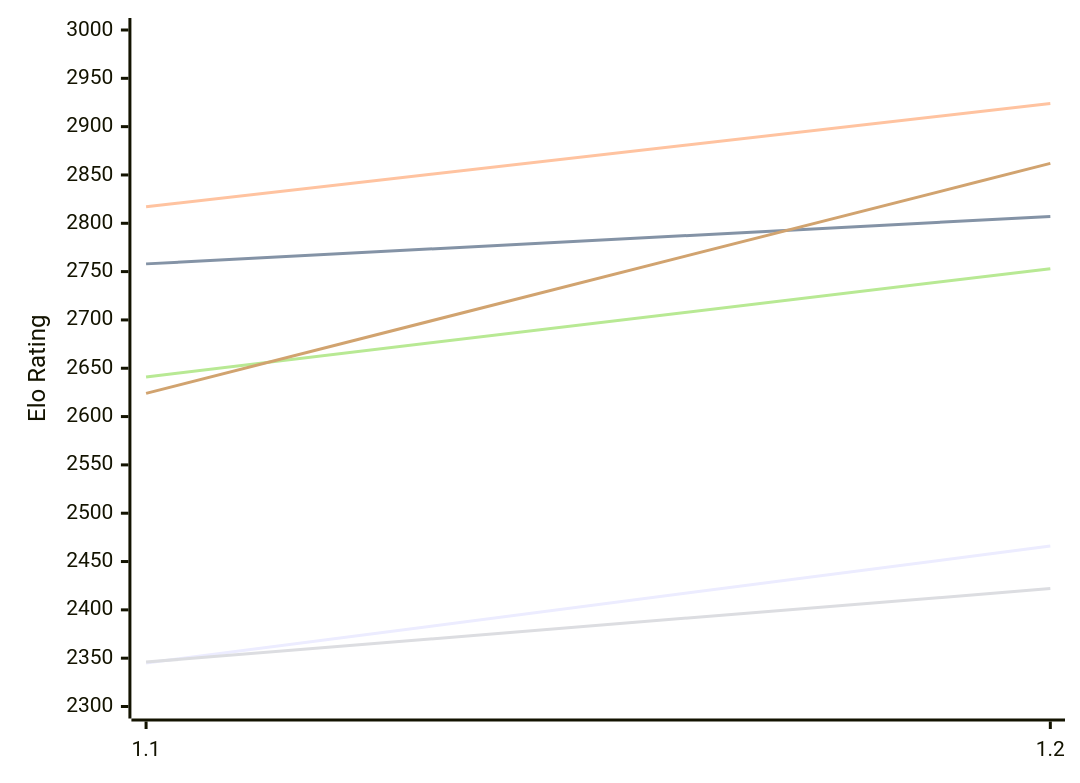
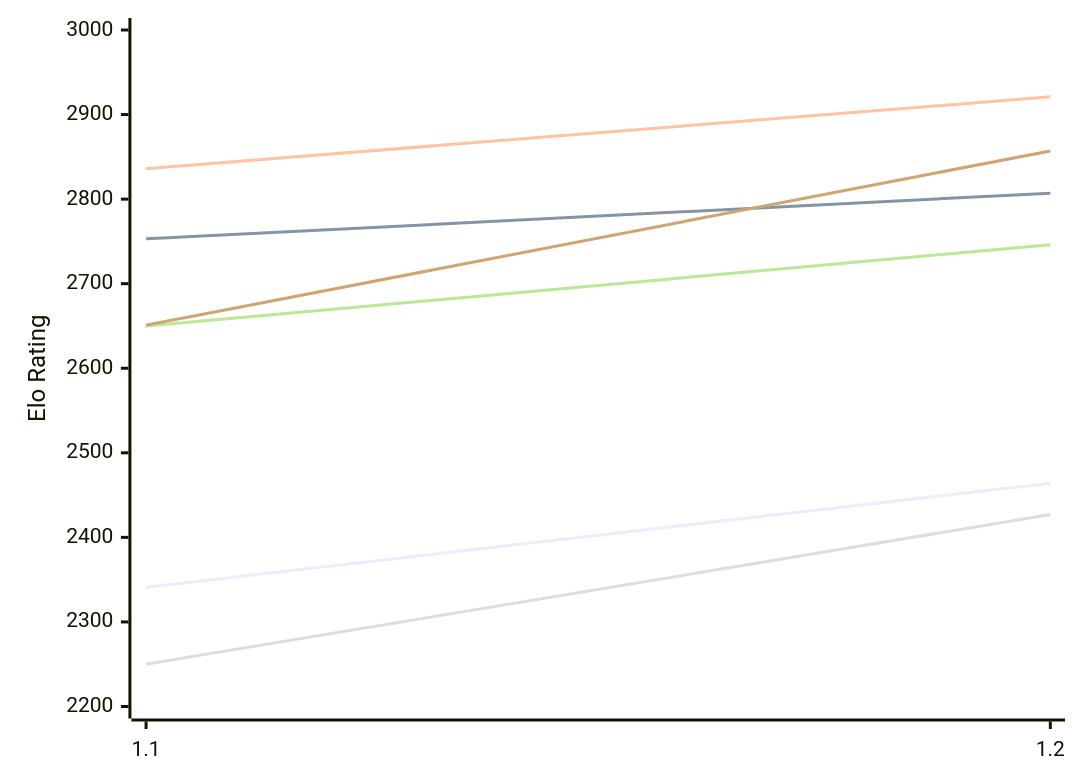
The first of 2 diagrams in engines/FoxChess.md (computer-chess-index/cci), drawn with Mermaid before and after one commit. The commit also changed other lines of this file, not shown here.

Commit message:
Update CCI Ratings (ELO VLTC) - 2026-11-15

````diff
--- a/engines/FoxChess.md
+++ b/engines/FoxChess.md
@@ -51,12 +51,12 @@
 ```mermaid
 %%{init: {"theme":"base","themeVariables":{"seriesColors:['#a3a3a3','#222221','#faa371']}}}%%
 xychart-beta
   x-axis ["1.1", "1.2"]
-  y-axis "Elo Rating" 2300 --> 3000
-  line "E1: STC (8.0+0.08s)" [2345, 2466]
-  line "E1: LTC (60.0+0.60s)" [2758, 2807]
-  line "E1: VLTC (2m24s+1.12s)" [2817, 2924]
-  line "P1: STC (8.0+0.08s)" [2346, 2422]
-  line "P1: LTC (60.0+0.60s)" [2641, 2753]
-  line "P1: VLTC (2m24s+1.12s)" [2624, 2862]
+  y-axis "Elo Rating" 2200 --> 3000
+  line "E1: STC (8.0+0.08s)" [2341, 2464]
+  line "E1: LTC (60.0+0.60s)" [2753, 2807]
+  line "E1: VLTC (2m24s+1.12s)" [2836, 2921]
+  line "P1: STC (8.0+0.08s)" [2250, 2427]
+  line "P1: LTC (60.0+0.60s)" [2650, 2746]
+  line "P1: VLTC (2m24s+1.12s)" [2651, 2857]
 ```
````
